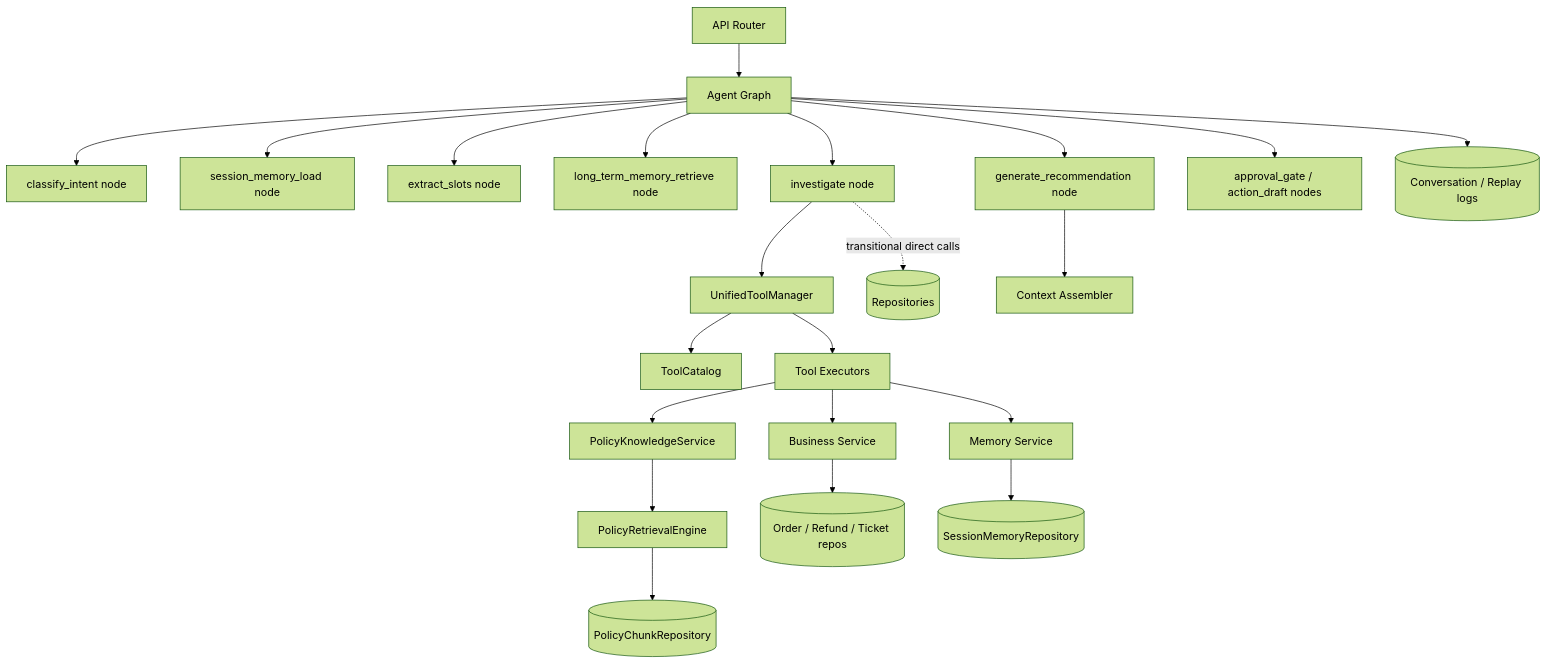
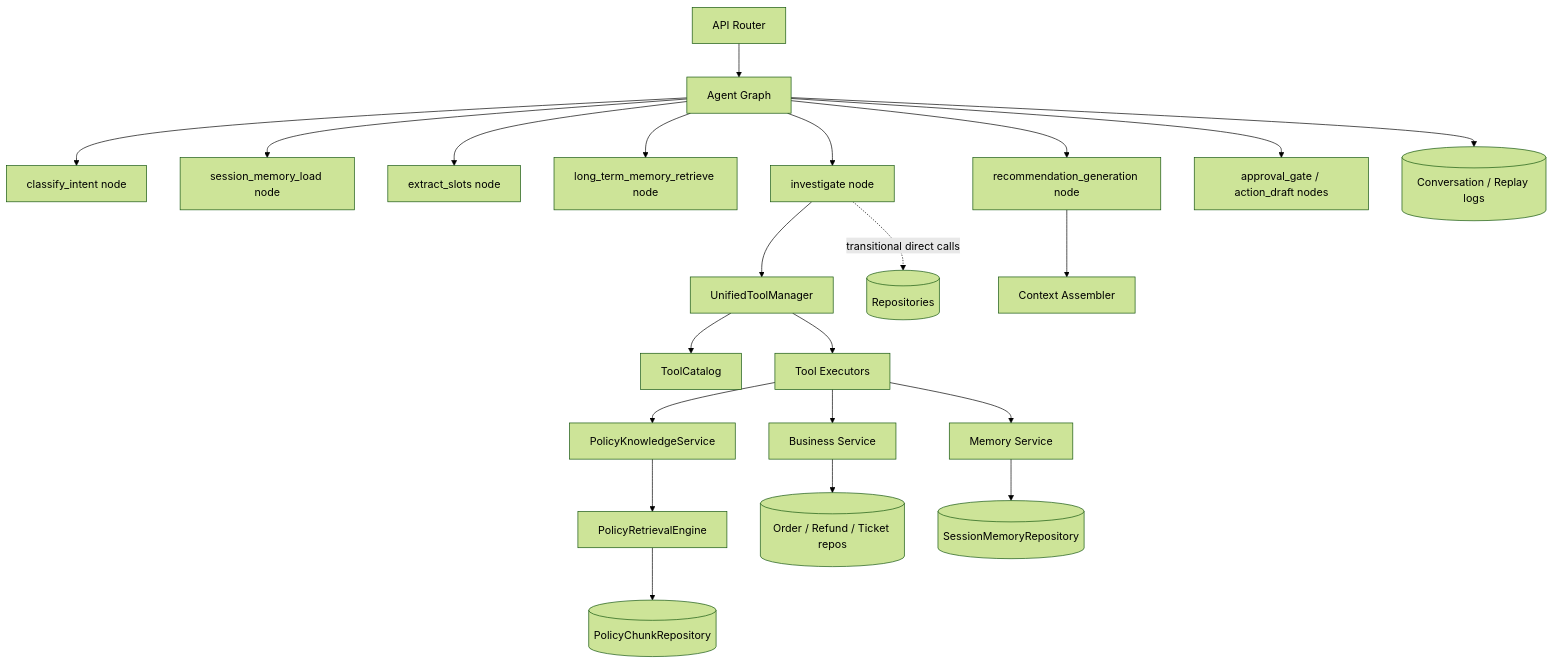
Before and after one commit to weijie567/MOCA: the first of 7 diagrams in docs/target-agent-platform-architecture-plan.md, drawn with Mermaid (forest theme). The commit also changed 7 other files, not shown here.

````diff
--- a/docs/target-agent-platform-architecture-plan.md
+++ b/docs/target-agent-platform-architecture-plan.md
@@ -97,29 +97,29 @@
 ```mermaid
 flowchart TD
   API[API Router] --> Graph[Agent Graph]
 
   Graph --> IntentNode[classify_intent node]
   Graph --> SessionMemoryNode[session_memory_load node]
   Graph --> SlotNode[extract_slots node]
   Graph --> LongTermNode[long_term_memory_retrieve node]
   Graph --> InvestigateNode[investigate node]
-  Graph --> GenerateNode[generate_recommendation node]
+  Graph --> GenerateNode[recommendation_generation node]
   Graph --> ApprovalNode[approval_gate / action_draft nodes]
 
   InvestigateNode --> ToolManager[UnifiedToolManager]
   InvestigateNode -. transitional direct calls .-> Repos[(Repositories)]
   GenerateNode --> ContextAssembler[Context Assembler]
 
   ToolManager --> ToolCatalog[ToolCatalog]
   ToolManager --> Executors[Tool Executors]
   Executors --> BusinessService[Business Service]
   Executors --> KnowledgeService[PolicyKnowledgeService]
   Executors --> MemoryService[Memory Service]
 
   KnowledgeService --> Retrieval[PolicyRetrievalEngine]
   Retrieval --> PolicyRepo[(PolicyChunkRepository)]
   BusinessService --> BusinessRepos[(Order / Refund / Ticket repos)]
   MemoryService --> MemoryRepo[(SessionMemoryRepository)]
 
   Graph --> ConversationLog[(Conversation / Replay logs)]
 ```
````
